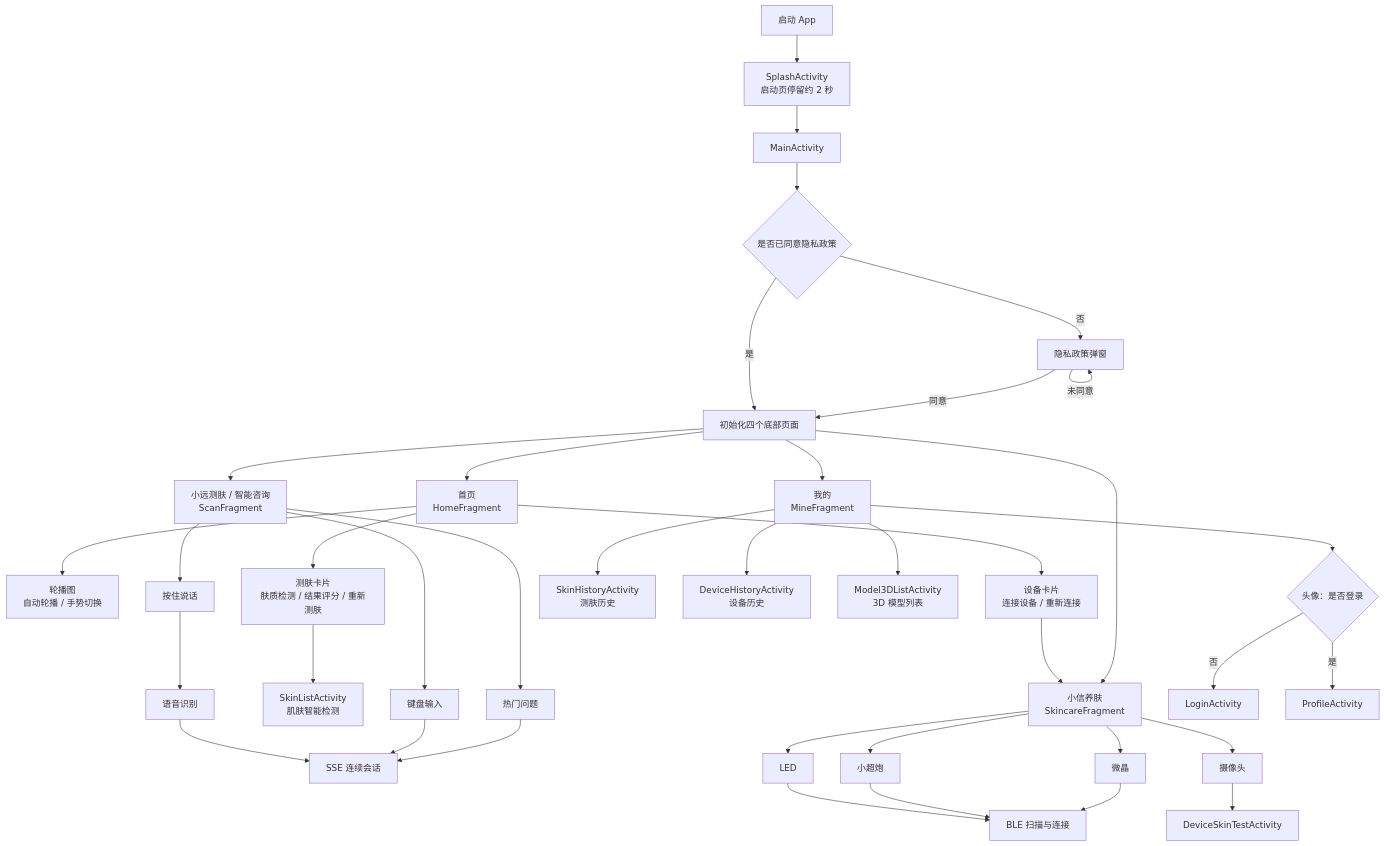
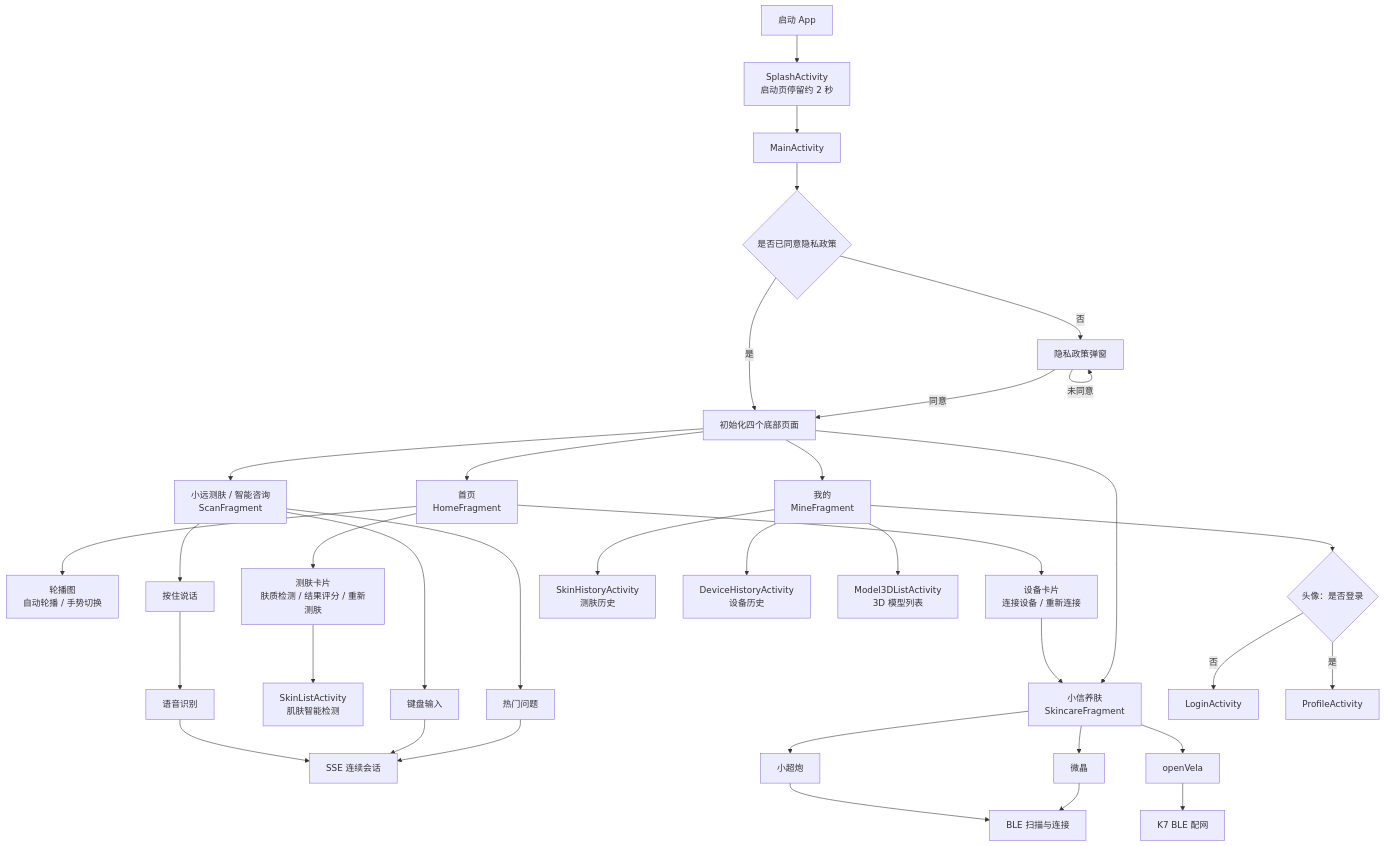
Before and after one commit to allenxun/contest2026_483_yuanxinshixisheng: the first of 7 diagrams in fronted/docs/Aisia_Android_Overall_Flow.md, drawn with Mermaid. The commit also changed other lines of this file and 68 other files, not shown here.

````diff
--- a/fronted/docs/Aisia_Android_Overall_Flow.md
+++ b/fronted/docs/Aisia_Android_Overall_Flow.md
@@ -9,44 +9,42 @@
 ```mermaid
 flowchart TD
     A["启动 App"] --> B["SplashActivity<br/>启动页停留约 2 秒"]
     B --> C["MainActivity"]
     C --> D{"是否已同意隐私政策"}
     D -- "否" --> E["隐私政策弹窗"]
     E -- "同意" --> F["初始化四个底部页面"]
     E -- "未同意" --> E
     D -- "是" --> F
 
     F --> H["首页<br/>HomeFragment"]
     F --> Q["小远测肤 / 智能咨询<br/>ScanFragment"]
     F --> K["小信养肤<br/>SkincareFragment"]
     F --> M["我的<br/>MineFragment"]
 
     H --> H1["轮播图<br/>自动轮播 / 手势切换"]
     H --> H2["测肤卡片<br/>肤质检测 / 结果评分 / 重新测肤"]
     H --> H3["设备卡片<br/>连接设备 / 重新连接"]
     H2 --> SL["SkinListActivity<br/>肌肤智能检测"]
     H3 --> K
 
     Q --> Q1["热门问题"]
     Q --> Q2["键盘输入"]
     Q --> Q3["按住说话"]
     Q1 --> CHAT["SSE 连续会话"]
     Q2 --> CHAT
     Q3 --> ASR["语音识别"] --> CHAT
 
     K --> K1["微晶"]
     K --> K2["小超炮"]
-    K --> K3["LED"]
-    K --> K4["摄像头"]
+    K --> K3["openVela"]
     K1 --> BLE["BLE 扫描与连接"]
     K2 --> BLE
-    K3 --> BLE
-    K4 --> DST["DeviceSkinTestActivity"]
+    K3 --> K7["K7 BLE 配网"]
 
     M --> AUTH{"头像：是否登录"}
     AUTH -- "否" --> LOGIN["LoginActivity"]
     AUTH -- "是" --> PROFILE["ProfileActivity"]
     M --> SH["SkinHistoryActivity<br/>测肤历史"]
     M --> DH["DeviceHistoryActivity<br/>设备历史"]
     M --> ML["Model3DListActivity<br/>3D 模型列表"]
 ```
````
